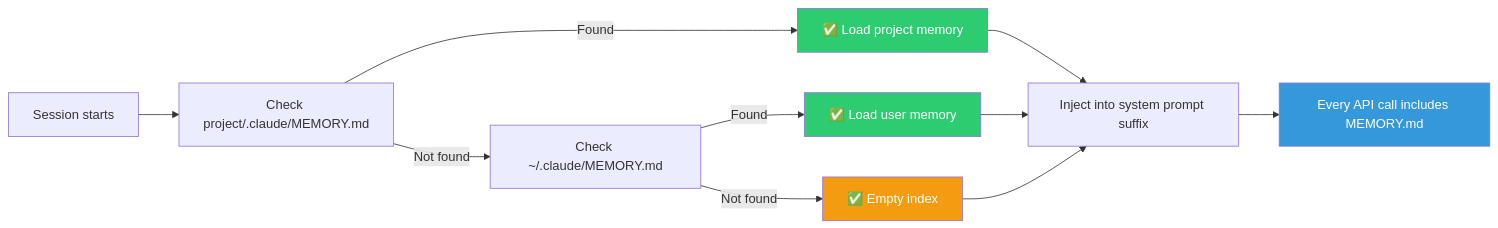
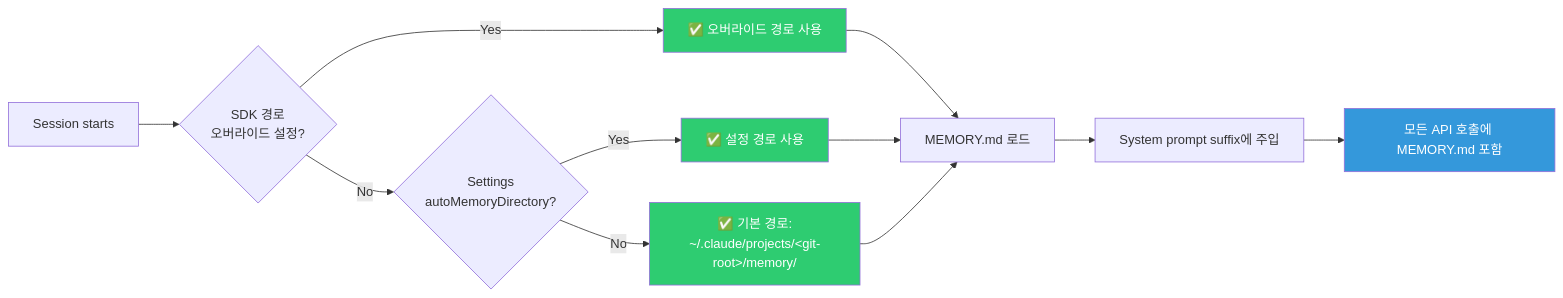
Before and after one commit to hi-space/claude-code-unpack-docs: the third of 7 diagrams in docs/deep/ko/memory/self-healing-memory.md, drawn with Mermaid. The commit also changed other lines of this file and 51 other files, not shown here.

````diff
--- a/docs/deep/ko/memory/self-healing-memory.md
+++ b/docs/deep/ko/memory/self-healing-memory.md
@@ -71,19 +77,19 @@
 ```mermaid
 graph LR
-    A["Session starts"] --> B["Check project/.claude/MEMORY.md"]
-    B -->|Found| C["✅ Load project memory"]
-    B -->|Not found| D["Check ~/.claude/MEMORY.md"]
-    D -->|Found| E["✅ Load user memory"]
-    D -->|Not found| F["✅ Empty index"]
+    A["Session starts"] --> B{"SDK 경로<br/>오버라이드 설정?"}
+    B -->|Yes| C["✅ 오버라이드 경로 사용"]
+    B -->|No| D{"Settings<br/>autoMemoryDirectory?"}
+    D -->|Yes| E["✅ 설정 경로 사용"]
+    D -->|No| F["✅ 기본 경로:<br/>~/.claude/projects/&lt;git-root&gt;/memory/"]
     
-    C --> G["Inject into system prompt suffix"]
+    C --> G["MEMORY.md 로드"]
     E --> G
     F --> G
-    
-    G --> H["Every API call includes MEMORY.md"]
+    G --> H["System prompt suffix에 주입"]
+    H --> I["모든 API 호출에 MEMORY.md 포함"]
     
     style C fill:#2ecc71,color:#fff
     style E fill:#2ecc71,color:#fff
-    style F fill:#f39c12,color:#fff
-    style H fill:#3498db,color:#fff
+    style F fill:#2ecc71,color:#fff
+    style I fill:#3498db,color:#fff
 ```
````
